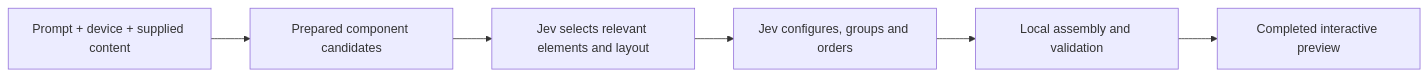
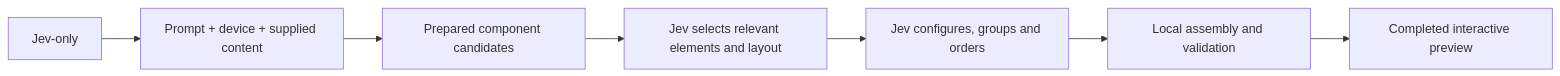
One commit to hckmstrrahul/jeverative-ui changed the first of 2 diagrams in README.md. Above: the diagram before and after it, drawn with Mermaid. The commit also changed other lines of this file and 13 other files, not shown here.

Commit message:
Rename composition modes to Jev-only and Jev + LLM

````diff
--- a/README.md
+++ b/README.md
@@ -11,8 +11,8 @@
 ```mermaid
 flowchart LR
-  A[Prompt + device + supplied content] --> B[Prepared component candidates]
+  M[Jev-only] --> A[Prompt + device + supplied content] --> B[Prepared component candidates]
   B --> C[Jev selects relevant elements and layout]
   C --> D[Jev configures, groups and orders]
   D --> E[Local assembly and validation]
   E --> F[Completed interactive preview]
 ```
````
